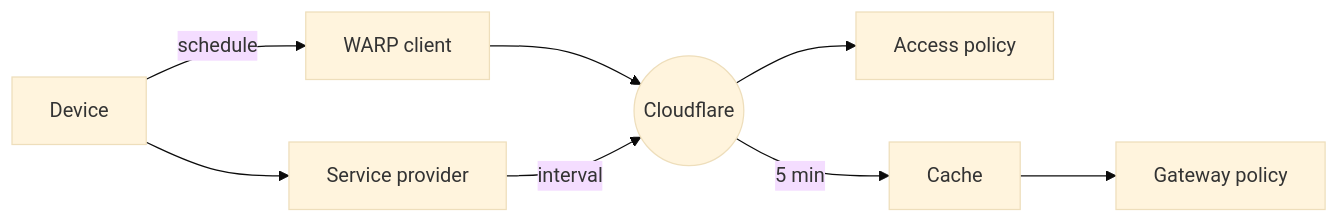
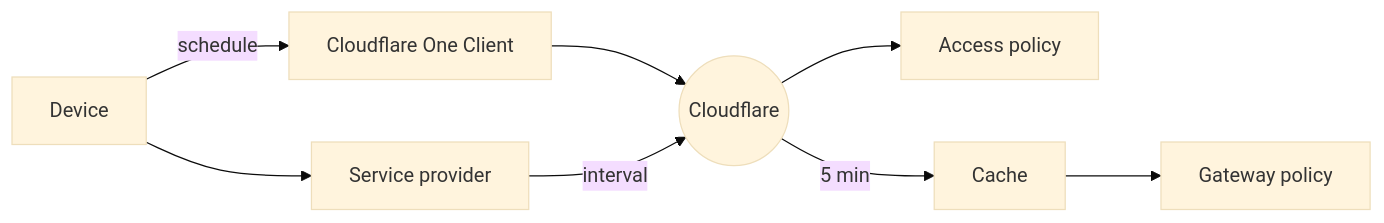
Before and after one commit to rdhanarot/cloudflare-docs: the diagram in src/content/docs/cloudflare-one/reusable-components/posture-checks/index.mdx, drawn with Mermaid (base theme). The commit also changed 22 other files, not shown here.

First line of the commit message:
[ZT] WARP Client --> Cloudflare One Client image audit (#29104)

````diff
--- a/src/content/docs/cloudflare-one/reusable-components/posture-checks/index.mdx
+++ b/src/content/docs/cloudflare-one/reusable-components/posture-checks/index.mdx
@@ -52,7 +52,7 @@
 ```mermaid
 flowchart LR
 accTitle: Device posture policy enforcement
-A[Device] --schedule--> B[WARP client]--> C((Cloudflare)) --> D[Access policy]
+A[Device] --schedule--> B[Cloudflare One Client]--> C((Cloudflare)) --> D[Access policy]
 C --5 min--> E[Cache] --> F[Gateway policy]
 A --> G[Service provider] --interval--> C
 ```
````
